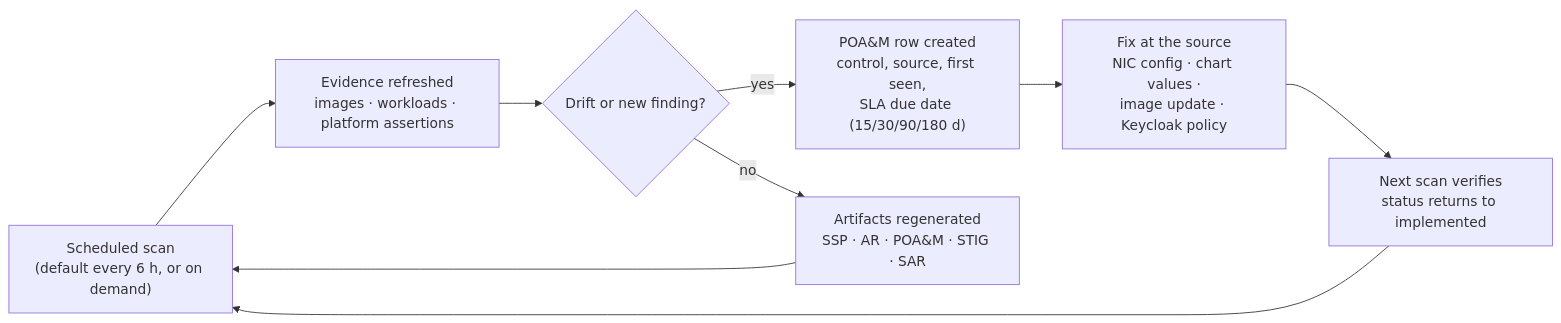
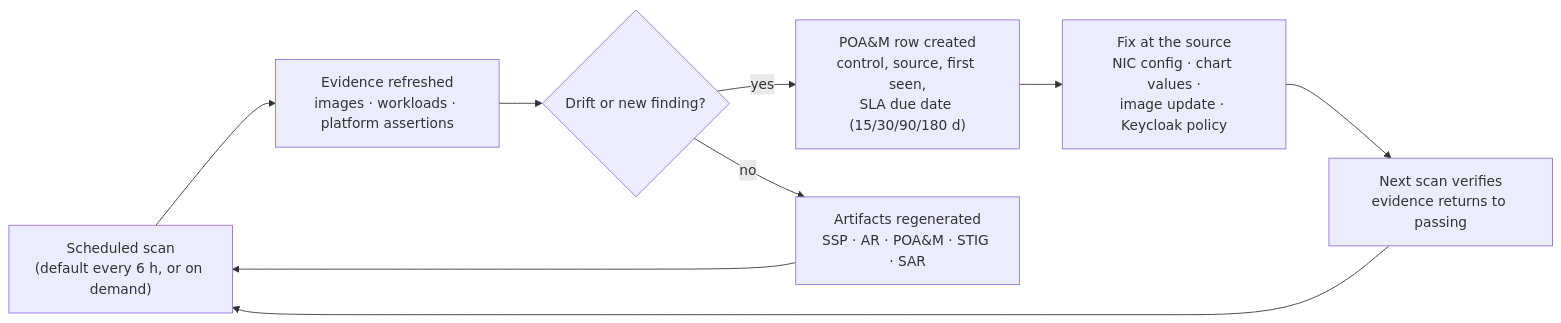
The fifth of 5 diagrams in docs/ARCHITECTURE.md (brandonrc/nebari-security-posture-pack), drawn with Mermaid before and after one commit. The commit also changed other lines of this file and 9 other files, not shown here.

````diff
--- a/docs/ARCHITECTURE.md
+++ b/docs/ARCHITECTURE.md
@@ -210,13 +228,13 @@
 ```mermaid
 flowchart LR
     S["Scheduled scan<br/>(default every 6 h, or on demand)"]
     E["Evidence refreshed<br/>images · workloads · platform assertions"]
     D{"Drift or new finding?"}
     P["POA&M row created<br/>control, source, first seen,<br/>SLA due date (15/30/90/180 d)"]
     F["Fix at the source<br/>NIC config · chart values ·<br/>image update · Keycloak policy"]
-    V["Next scan verifies<br/>status returns to implemented"]
+    V["Next scan verifies<br/>evidence returns to passing"]
     R["Artifacts regenerated<br/>SSP · AR · POA&M · STIG · SAR"]
     S --> E --> D
     D -->|"yes"| P --> F --> V --> S
     D -->|"no"| R --> S
 ```
````
